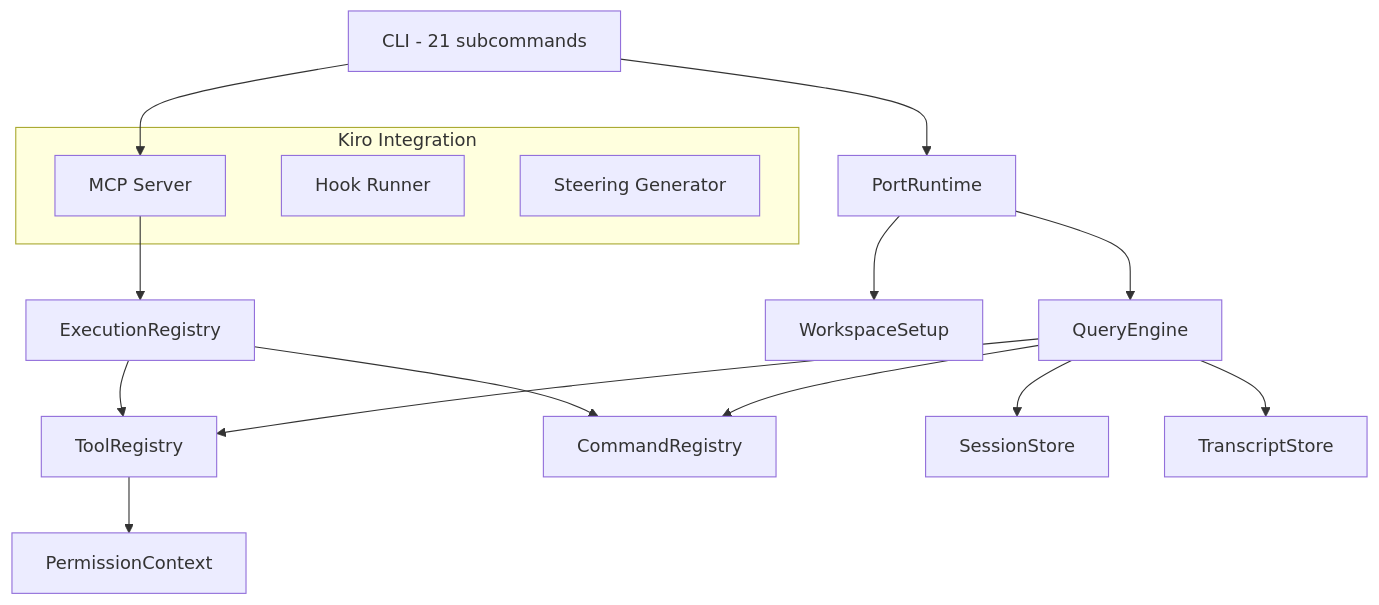
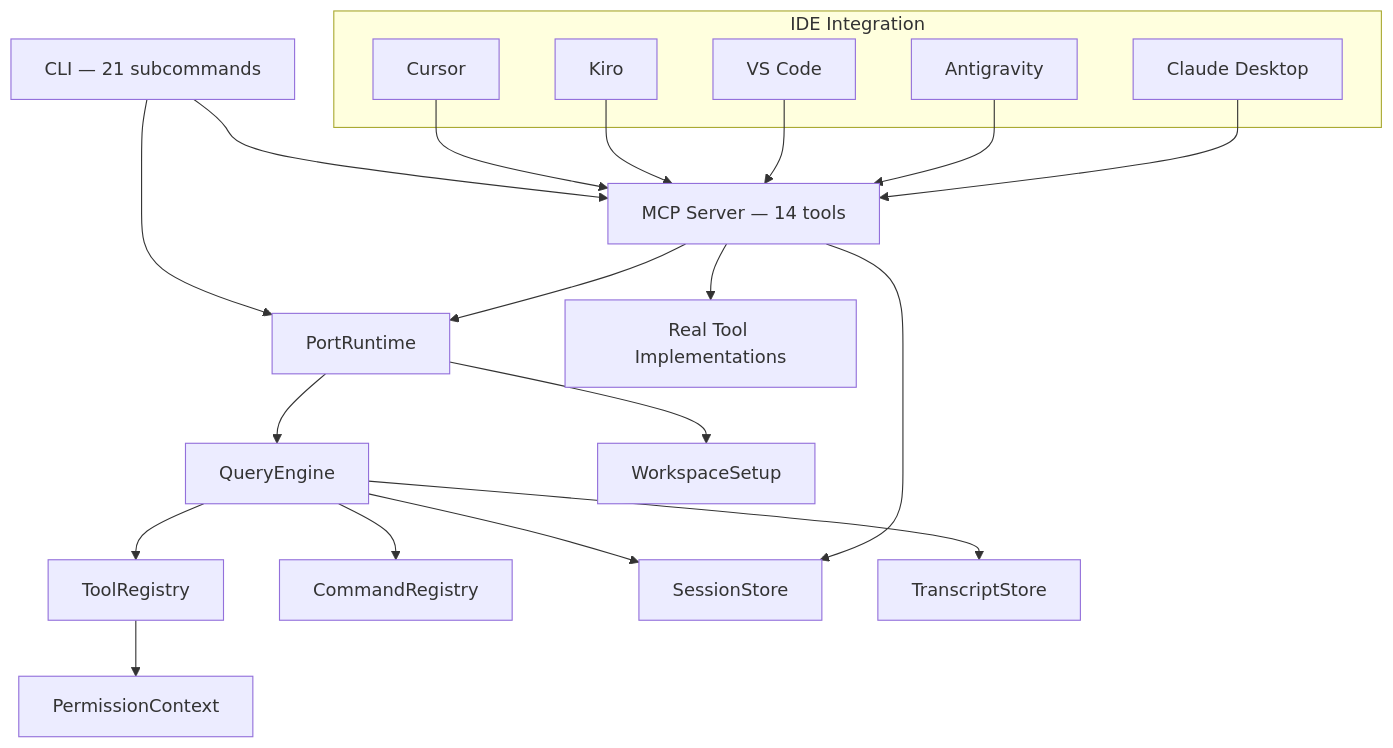
One commit to alyceslapstick338/gocode changed the diagram in README.md. Above: the diagram before and after it, drawn with Mermaid. The commit also changed other lines of this file and 10 other files, not shown here.

````diff
--- a/README.md
+++ b/README.md
@@ -136,25 +320,33 @@
 ```mermaid
 graph TB
-    CLI[CLI - 21 subcommands] --> Runtime[PortRuntime]
-    CLI --> MCP[MCP Server]
-    
+    CLI["CLI — 21 subcommands"] --> Runtime[PortRuntime]
+    CLI --> MCP["MCP Server — 14 tools"]
+
     Runtime --> QE[QueryEngine]
     Runtime --> Setup[WorkspaceSetup]
-    
+
     QE --> Tools[ToolRegistry]
     QE --> Commands[CommandRegistry]
     QE --> Session[SessionStore]
     QE --> Transcript[TranscriptStore]
-    
+
     Tools --> Permissions[PermissionContext]
-    
-    MCP --> Execution[ExecutionRegistry]
-    Execution --> Tools
-    Execution --> Commands
-    
-    subgraph Kiro Integration
-        MCP
-        Hooks[Hook Runner]
-        Steering[Steering Generator]
+
+    MCP --> ToolImpl["Real Tool Implementations"]
+    MCP --> Runtime
+    MCP --> Session
+
+    subgraph "IDE Integration"
+        Cursor["Cursor"]
+        Kiro["Kiro"]
+        VSCode["VS Code"]
+        Antigravity["Antigravity"]
+        Claude["Claude Desktop"]
     end
+
+    Cursor --> MCP
+    Kiro --> MCP
+    VSCode --> MCP
+    Antigravity --> MCP
+    Claude --> MCP
 ```
````
